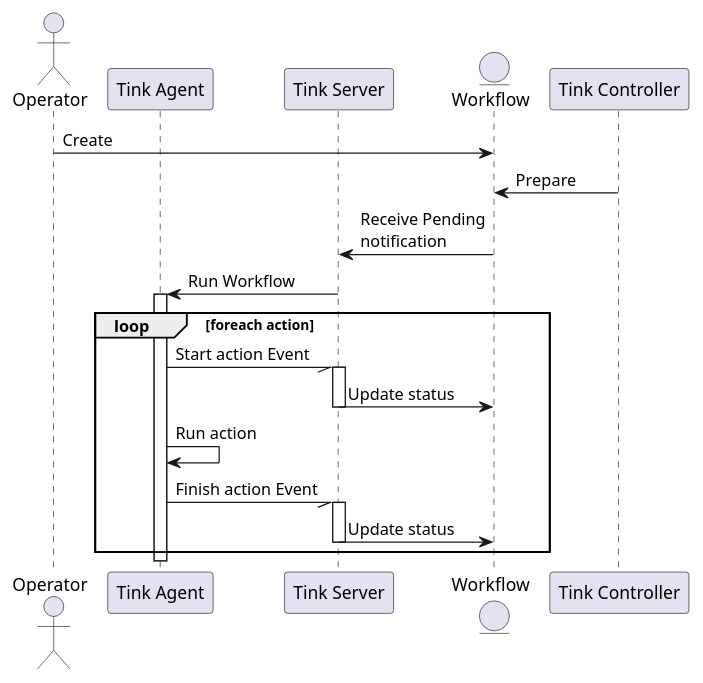
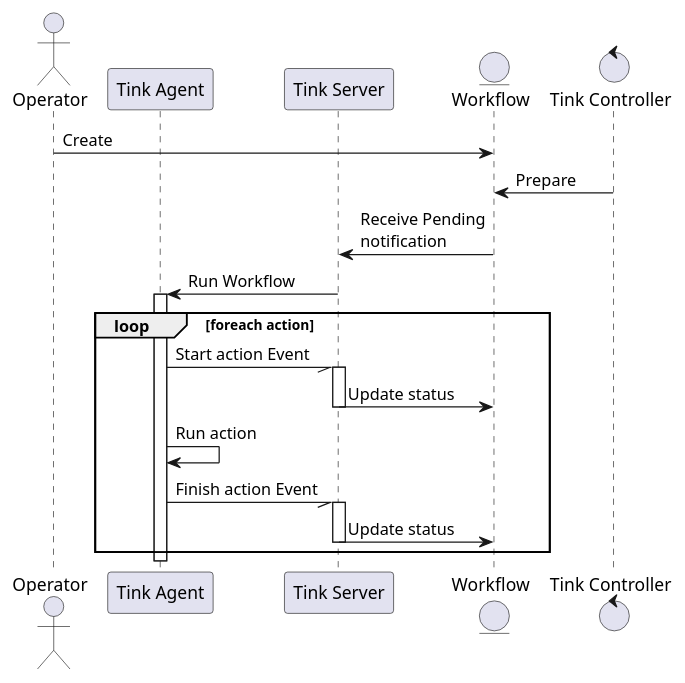
Before and after one commit to chrisdoherty4/tinkerbell-roadmap: the diagram in design/images/230728_tinkerbell_workflow_execution/executing-a-workflow.pu, drawn with PlantUML. The commit also changed 4 other files, not shown here.

```diff
--- a/design/images/230728_tinkerbell_workflow_execution/executing-a-workflow.pu
+++ b/design/images/230728_tinkerbell_workflow_execution/executing-a-workflow.pu
@@ -1,27 +1,27 @@
 @startuml executing-a-workflow
 
 actor "Operator" as operator
 participant "Tink Agent" as agent
 participant "Tink Server" as server
 entity "Workflow" as workflow
-participant "Tink Controller" as controller
+control "Tink Controller" as controller
 
 operator -> workflow : Create
 controller -> workflow : Prepare
 server <- workflow : Receive Pending\nnotification
 agent <- server : Run Workflow
 activate agent
 loop foreach action
     agent -// server : Start action Event
     activate server
     server -> workflow : Update status
     deactivate server
     agent -> agent : Run action
     agent -// server : Finish action Event
     activate server
     server -> workflow : Update status
     deactivate server
 end
 deactivate agent
 
 @enduml
```
